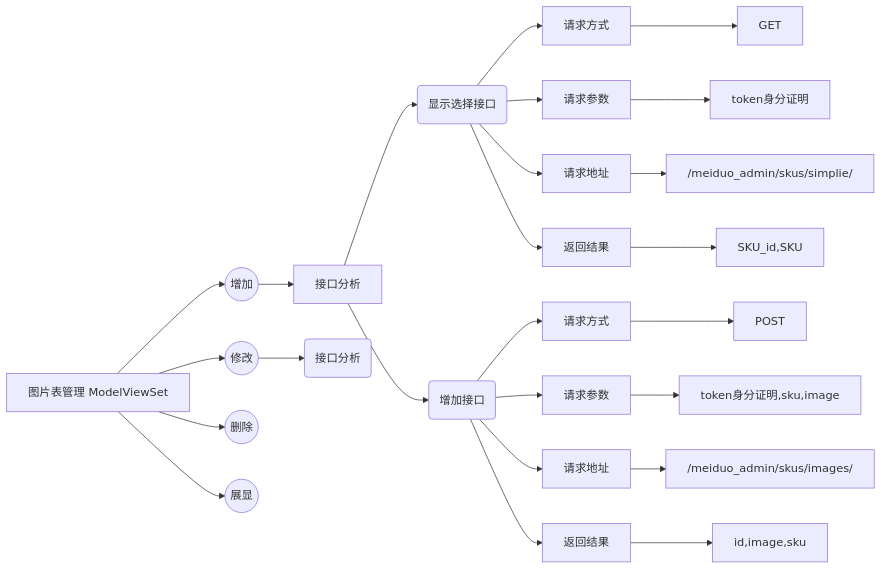
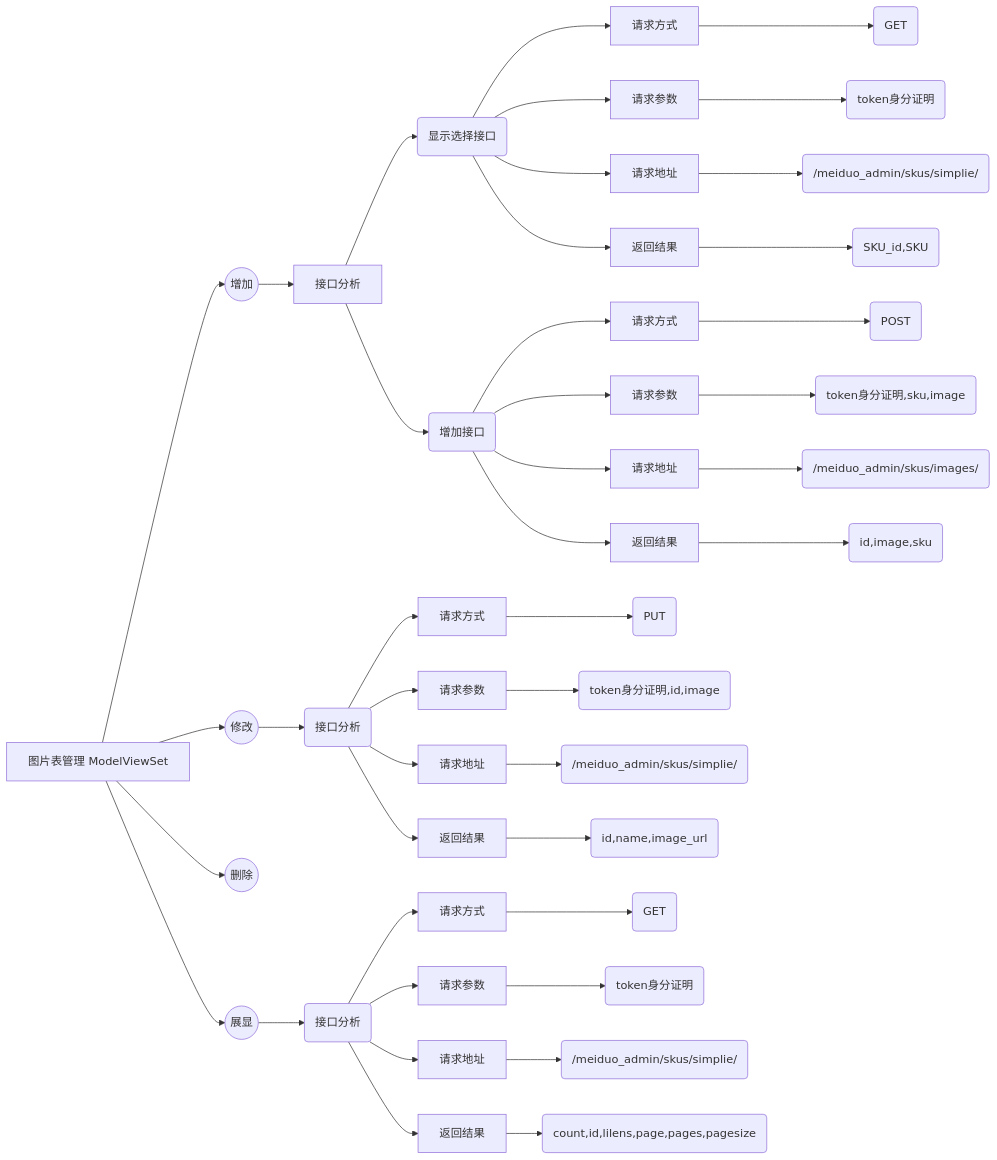
Before and after one commit to xj-ie/-0.2: the third of 11 diagrams in README.md, drawn with Mermaid. The commit also changed other lines of this file and 1 other file, not shown here.

````diff
--- a/README.md
+++ b/README.md
@@ -454,19 +506,27 @@
 ```mermaid
 
 graph LR
 image_table[图片表管理 ModelViewSet]-->add_data((增加))-->add_port[接口分析]-->add_show(显示选择接口)
-add_show-->as_1[请求方式]-->GET
-add_show-->as_2[请求参数]-->token身分证明
-add_show-->as_3[请求地址]-->/meiduo_admin/skus/simplie/
-add_show-->as_4[返回结果]-->SKU_id,SKU
+add_show-->as_1[请求方式]-->al1(GET)
+add_show-->as_2[请求参数]-->al2(token身分证明)
+add_show-->as_3[请求地址]-->al3(/meiduo_admin/skus/simplie/)
+add_show-->as_4[返回结果]-->al4(SKU_id,SKU)
 add_port-->add_commit(增加接口)
-add_commit-->ad_1[请求方式]-->POST
-add_commit-->ad_2[请求参数]-->token身分证明,sku,image
-add_commit-->ad_3[请求地址]-->/meiduo_admin/skus/images/
-add_commit-->ad_4[返回结果]-->id,image,sku
+add_commit-->ad_1[请求方式]-->a1(POST)
+add_commit-->ad_2[请求参数]-->a2(token身分证明,sku,image)
+add_commit-->ad_3[请求地址]-->a3(/meiduo_admin/skus/images/)
+add_commit-->ad_4[返回结果]-->a4(id,image,sku)
 image_table-->change_data((修改))-->change_port(接口分析)
 image_table-->delere_data((删除))
-image_table-->show_data((展显))
+image_table-->show_data((展显))-->show_port(接口分析)
+change_port-->cs_1[请求方式]-->c1(PUT)
+change_port-->cs_2[请求参数]-->c2(token身分证明,id,image)
+change_port-->cs_3[请求地址]-->c3(/meiduo_admin/skus/simplie/)
+change_port-->cs_4[返回结果]-->c4(id,name,image_url)
+show_port-->ss_1[请求方式]-->s1(GET)
+show_port-->ss_2[请求参数]-->s2(token身分证明)
+show_port-->ss_3[请求地址]-->s3(/meiduo_admin/skus/simplie/)
+show_port-->ss_4[返回结果]-->s4(count,id,lilens,page,pages,pagesize)
 
 
 ```
````
